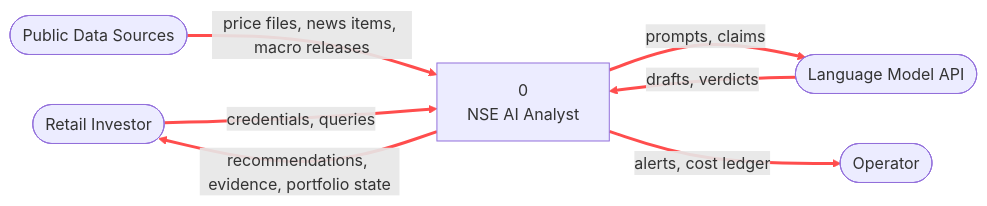
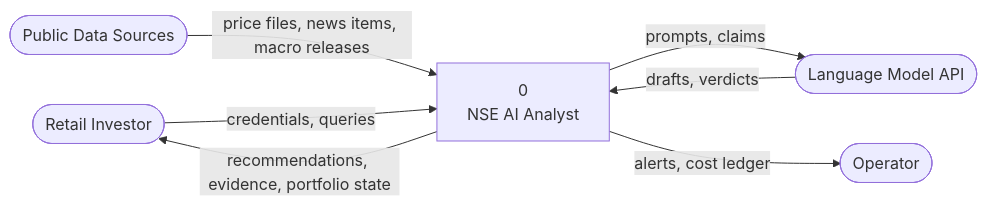
The diagram in context_level_data.mermaid (maina-kamau/nseaiprojectfiles), drawn with Mermaid before and after one commit.

Commit message:
Update context_level_data.mermaid with new line and cleanup
Removed comment about link styles and added newline at end of file.

```diff
--- a/context_level_data.mermaid
+++ b/context_level_data.mermaid
@@ -1,17 +1,15 @@
+
 flowchart LR
     INV([Retail Investor])
     SRC([Public Data Sources])
     LLM([Language Model API])
     OPR([Operator])
 
     P0["0<br/>NSE AI Analyst"]
 
     SRC -->|price files, news items, macro releases| P0
     P0 -->|prompts, claims| LLM
     LLM -->|drafts, verdicts| P0
     P0 -->|recommendations, evidence, portfolio state| INV
     INV -->|credentials, queries| P0
     P0 -->|alerts, cost ledger| OPR
-
-    %% Make arrows more visible: set color and stroke width for all links (indices 0..5)
-    linkStyle 0,1,2,3,4,5 stroke:#ff4d4d,stroke-width:3px
```
